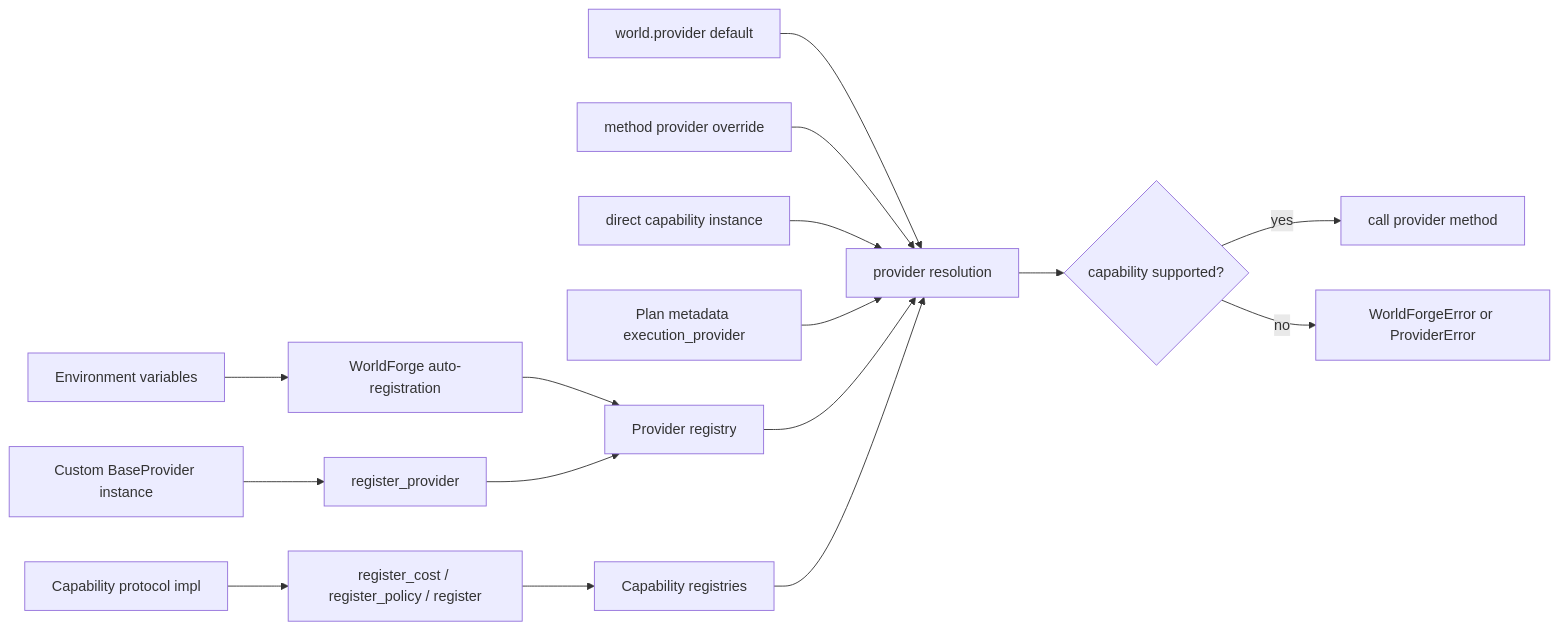
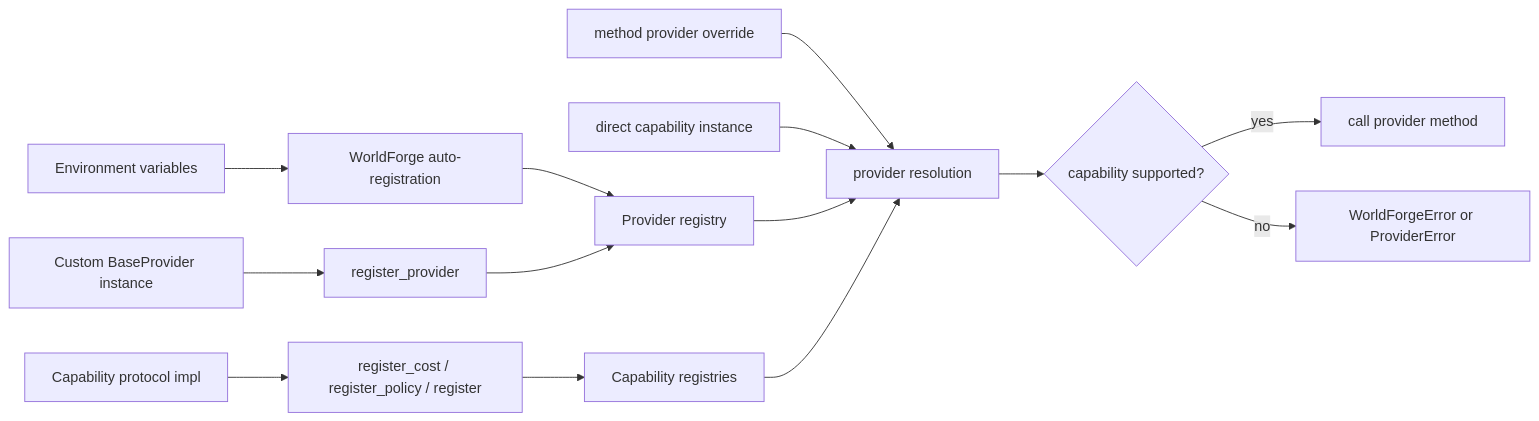
Before and after one commit to AbdelStark/worldforge: the second of 2 diagrams in docs/src/architecture.md, drawn with Mermaid. The commit also changed other lines of this file and 154 other files, not shown here.

````diff
--- a/docs/src/architecture.md
+++ b/docs/src/architecture.md
@@ -377,18 +357,16 @@
 ```mermaid
 flowchart LR
     Env[Environment variables] --> Auto[WorldForge auto-registration]
     Custom[Custom BaseProvider instance] --> Manual[register_provider]
     Protocol[Capability protocol impl] --> ManualProtocol[register_cost / register_policy / register]
     Auto --> Registry[Provider registry]
     Manual --> Registry
     ManualProtocol --> CapabilityRegistry[Capability registries]
-    WorldProvider[world.provider default] --> Resolve[provider resolution]
-    CallOverride[method provider override] --> Resolve
+    CallOverride[method provider override] --> Resolve[provider resolution]
     Direct[direct capability instance] --> Resolve
-    PlanExec[Plan metadata execution_provider] --> Resolve
     Registry --> Resolve
     CapabilityRegistry --> Resolve
     Resolve --> Capability{capability supported?}
     Capability -- yes --> Invoke[call provider method]
     Capability -- no --> Error[WorldForgeError or ProviderError]
 ```
````
